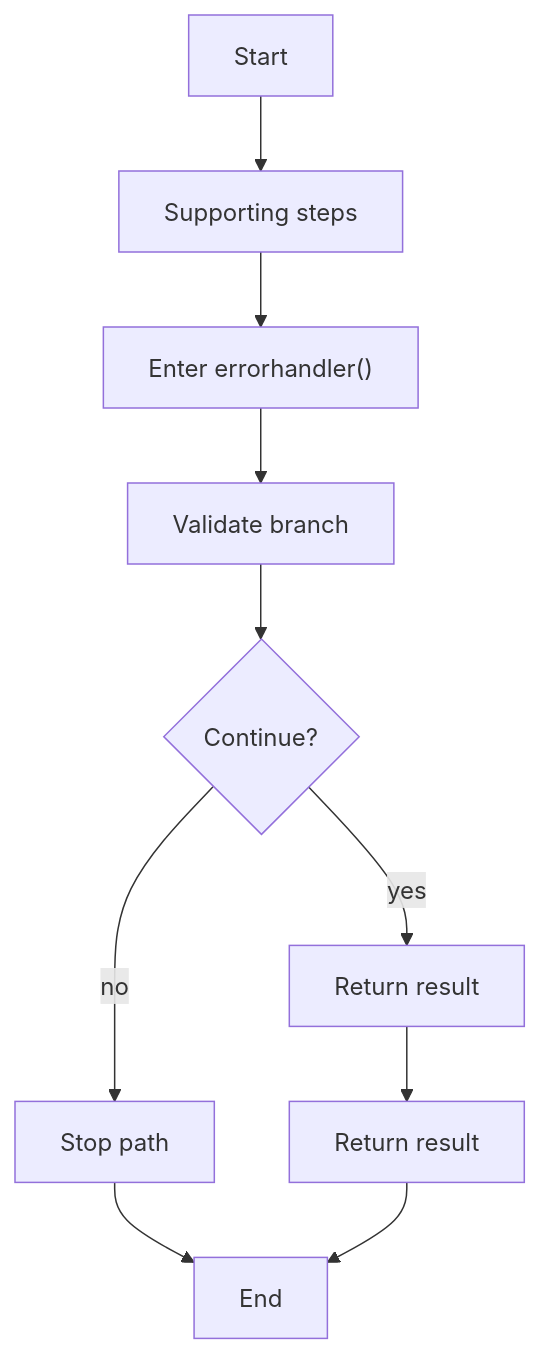
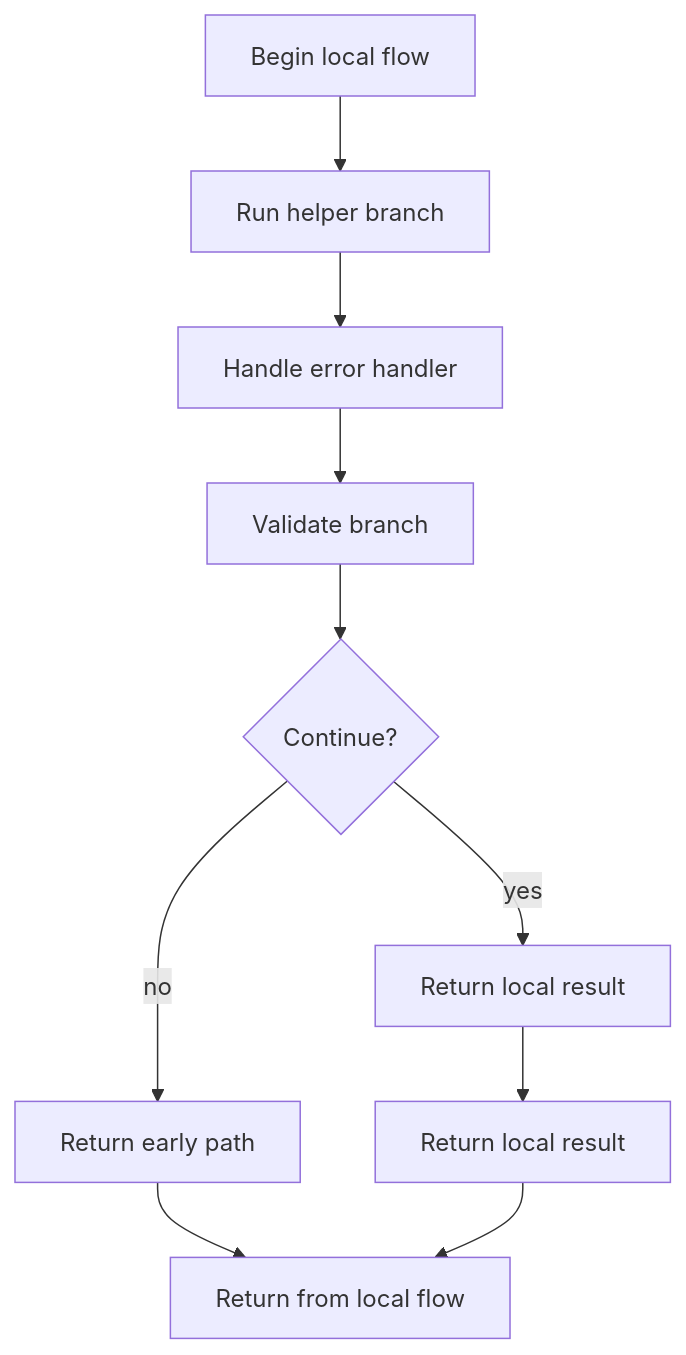
Before and after one commit to JohnAndrewBalbarosa/NeoTerritory: the first of 2 diagrams in docs/Codebase/Backend/src/middleware/errorHandler.js.md, drawn with Mermaid. The commit also changed other lines of this file and 915 other files, not shown here.

````diff
--- a/docs/Codebase/Backend/src/middleware/errorHandler.js.md
+++ b/docs/Codebase/Backend/src/middleware/errorHandler.js.md
@@ -22,21 +21,21 @@
 ```mermaid
 flowchart TD
-    Start["Start"]
-    N0["Supporting steps"]
-    N1["Enter errorhandler()"]
+    Start["Begin local flow"]
+    N0["Run helper branch"]
+    N1["Handle error handler"]
     N2["Validate branch"]
     D2{"Continue?"}
-    R2["Stop path"]
-    N3["Return result"]
-    N4["Return result"]
-    End["End"]
+    R2["Return early path"]
+    N3["Return local result"]
+    N4["Return local result"]
+    End["Return from local flow"]
     Start --> N0
     N0 --> N1
     N1 --> N2
     N2 --> D2
     D2 -->|yes| N3
     D2 -->|no| R2
     R2 --> End
     N3 --> N4
     N4 --> End
 ```
````
